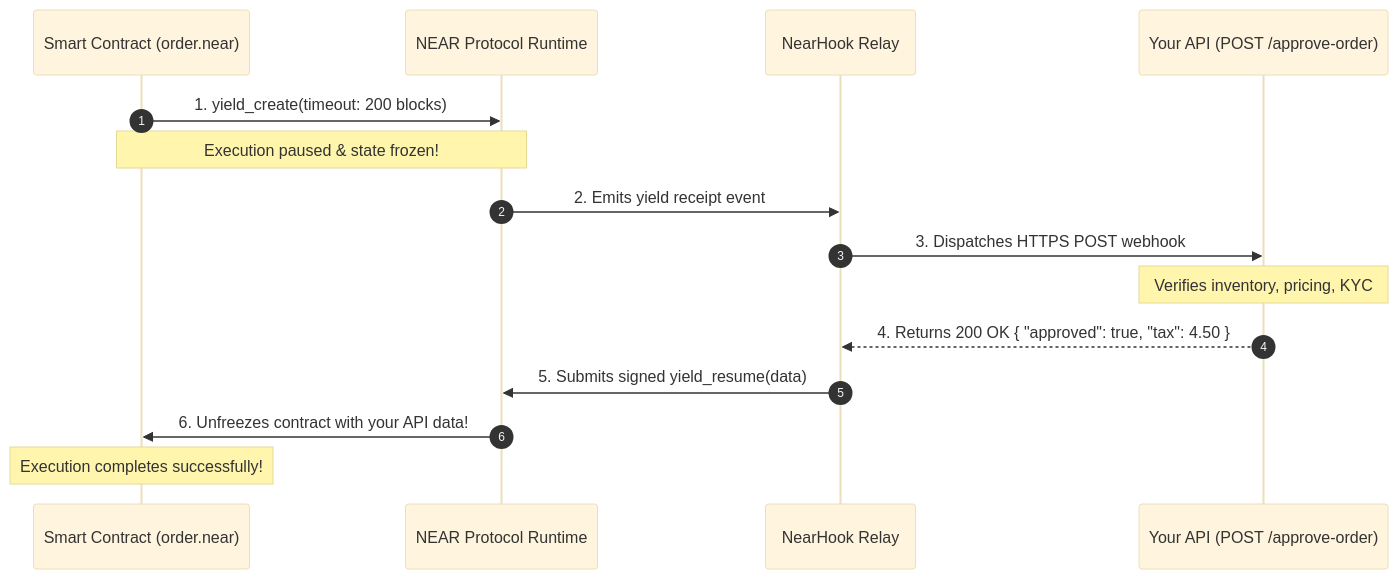
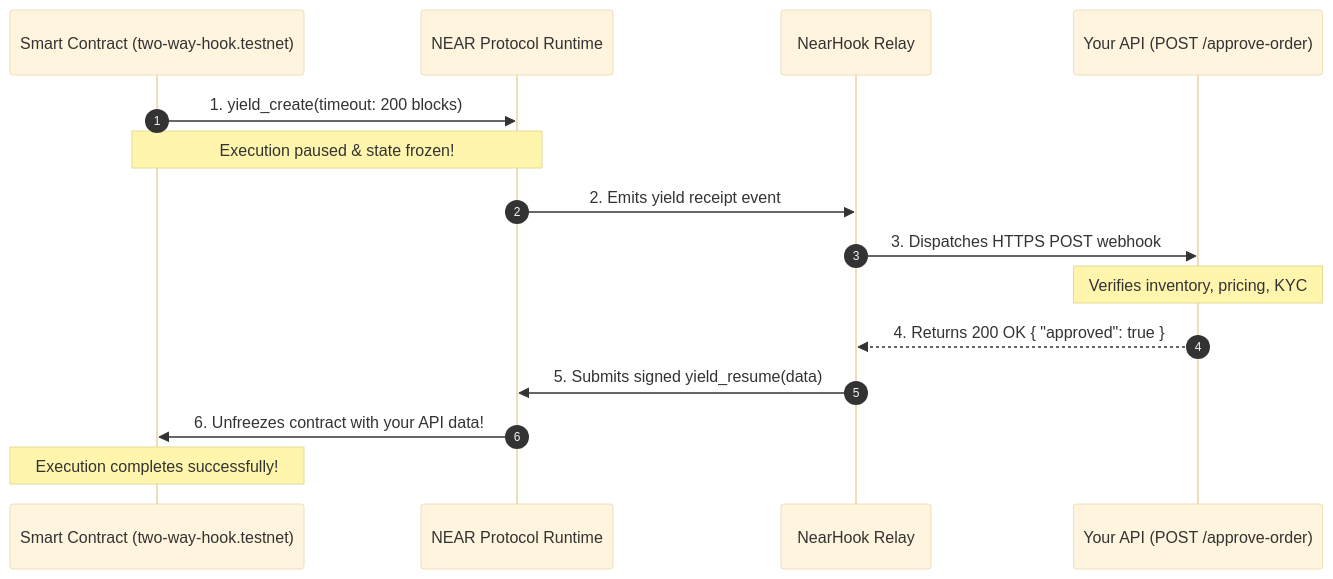
Before and after one commit to Team-Managed/NEARHook: the fourth of 5 diagrams in README.md, drawn with Mermaid (base theme). The commit also changed other lines of this file and 2 other files, not shown here.

````diff
--- a/README.md
+++ b/README.md
@@ -289,18 +438,18 @@
 ```mermaid
 sequenceDiagram
     autonumber
-    participant Contract as Smart Contract (order.near)
+    participant Contract as Smart Contract (two-way-hook.testnet)
     participant NEAR as NEAR Protocol Runtime
     participant NearHook as NearHook Relay
     participant API as Your API (POST /approve-order)
 
     Contract->>NEAR: 1. yield_create(timeout: 200 blocks)
     Note over Contract,NEAR: Execution paused & state frozen!
     NEAR->>NearHook: 2. Emits yield receipt event
     NearHook->>API: 3. Dispatches HTTPS POST webhook
     Note over API: Verifies inventory, pricing, KYC
-    API-->>NearHook: 4. Returns 200 OK { "approved": true, "tax": 4.50 }
+    API-->>NearHook: 4. Returns 200 OK { "approved": true }
     NearHook->>NEAR: 5. Submits signed yield_resume(data)
     NEAR->>Contract: 6. Unfreezes contract with your API data!
     Note over Contract: Execution completes successfully!
 ```
````
